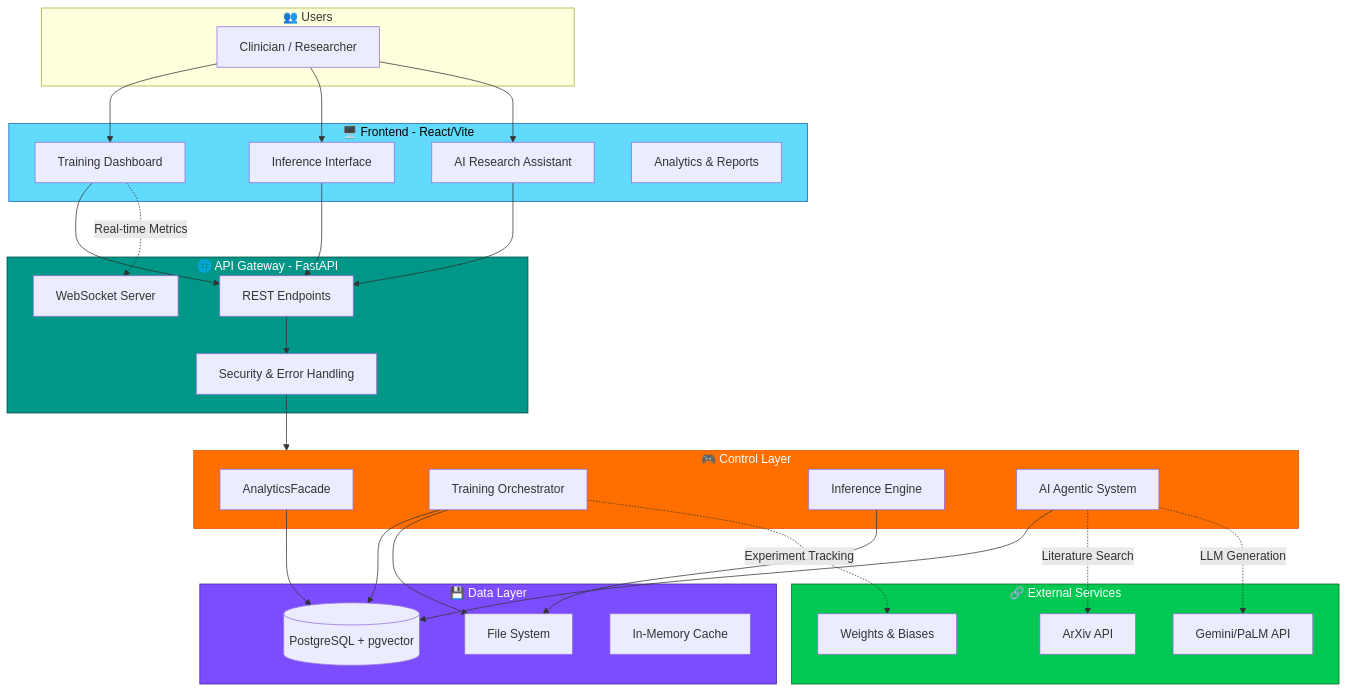
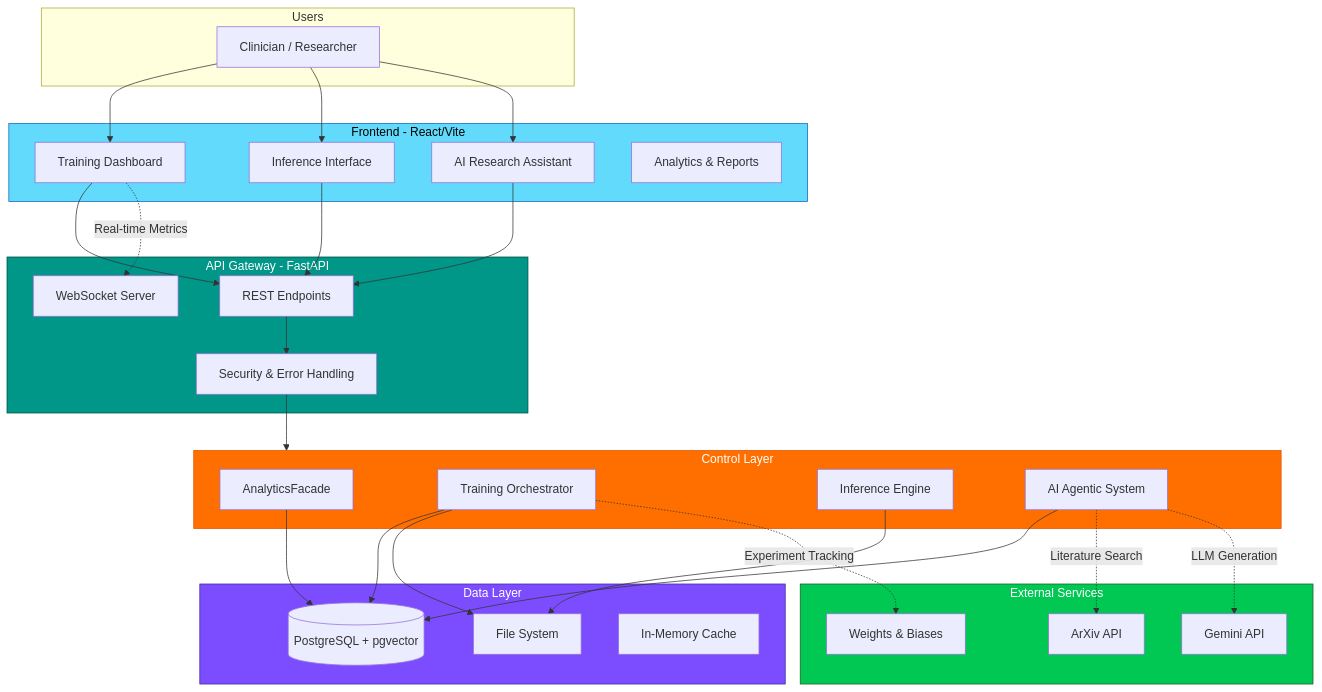
The first of 5 diagrams in README.md (h19overflow/federated_learning), drawn with Mermaid before and after one commit. The commit also changed other lines of this file and 2 other files, not shown here.

````diff
--- a/README.md
+++ b/README.md
@@ -42,66 +34,66 @@
 ```mermaid
 graph TB
-    subgraph Users["👥 Users"]
+    subgraph Users["Users"]
         Clinician["Clinician / Researcher"]
     end
 
-    subgraph Frontend["🖥️ Frontend - React/Vite"]
+    subgraph Frontend["Frontend - React/Vite"]
         Dashboard["Training Dashboard"]
         InferenceUI["Inference Interface"]
         ChatUI["AI Research Assistant"]
         AnalyticsUI["Analytics & Reports"]
     end
 
-    subgraph APIGateway["🌐 API Gateway - FastAPI"]
+    subgraph APIGateway["API Gateway - FastAPI"]
         REST["REST Endpoints"]
         WebSocket["WebSocket Server"]
         Middleware["Security & Error Handling"]
     end
 
-    subgraph ControlLayer["🎮 Control Layer"]
+    subgraph ControlLayer["Control Layer"]
         Analytics["AnalyticsFacade"]
         Training["Training Orchestrator"]
         Inference["Inference Engine"]
         Agentic["AI Agentic System"]
     end
 
-    subgraph DataLayer["💾 Data Layer"]
+    subgraph DataLayer["Data Layer"]
         PostgreSQL[("PostgreSQL + pgvector")]
         FileStorage["File System"]
         Cache["In-Memory Cache"]
     end
 
-    subgraph External["🔗 External Services"]
+    subgraph External["External Services"]
         WandB["Weights & Biases"]
         ArXiv["ArXiv API"]
-        LLM["Gemini/PaLM API"]
+        LLM["Gemini API"]
     end
 
     Clinician --> Dashboard
     Clinician --> InferenceUI
     Clinician --> ChatUI
 
     Dashboard --> REST
     InferenceUI --> REST
     ChatUI --> REST
     Dashboard -.->|Real-time Metrics| WebSocket
 
     REST --> Middleware
     Middleware --> ControlLayer
 
     Analytics --> PostgreSQL
     Training --> PostgreSQL
     Training --> FileStorage
     Inference --> FileStorage
     Agentic --> PostgreSQL
 
     Training -.->|Experiment Tracking| WandB
     Agentic -.->|Literature Search| ArXiv
     Agentic -.->|LLM Generation| LLM
 
     style Frontend fill:#61DAFB,stroke:#1565C0,color:#000
     style APIGateway fill:#009688,stroke:#004D40,color:#fff
     style ControlLayer fill:#FF6F00,stroke:#E65100,color:#fff
     style DataLayer fill:#7C4DFF,stroke:#4527A0,color:#fff
     style External fill:#00C853,stroke:#1B5E20,color:#fff
 ```
````
